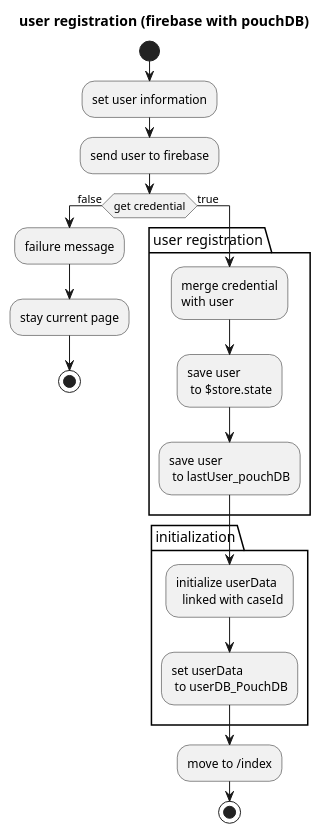
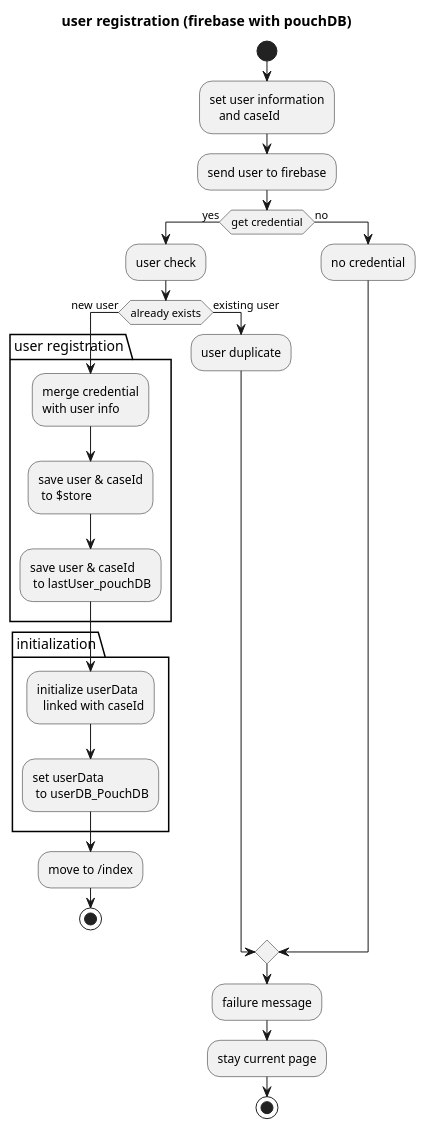
The diagram in assets/backdata/userRegWorkflow.puml (snakada1615/nuxt_pwa201122), drawn with PlantUML before and after one commit. The commit also changed 19 other files, not shown here.

```diff
--- a/assets/backdata/userRegWorkflow.puml
+++ b/assets/backdata/userRegWorkflow.puml
@@ -1,34 +1,41 @@
 @startuml
 title user registration (firebase with pouchDB)
 
 start
 
-:set user information;
+:set user information
+   and caseId;
 
 :send user to firebase;
 
- if (get credential) then (false)
-  :failure message;
-  :stay current page;
-  stop
-  else (true)
-  package "user registration"{
-  :merge credential
-  with user;
-  :save user
-   to $store.state;
-  :save user
-   to lastUser_pouchDB;
-  }
-  package "initialization"{
-  :initialize userData
-    linked with caseId;
-  :set userData
-   to userDB_PouchDB;
-  }
-  :move to /index;
-   stop
+ if (get credential) then (yes)
+  :user check;
+   if (already exists) then (new user)
+    package "user registration"{
+    :merge credential
+    with user info;
+    :save user & caseId
+     to $store;
+    :save user & caseId
+     to lastUser_pouchDB;
+    }
+    package "initialization"{
+    :initialize userData
+      linked with caseId;
+    :set userData
+     to userDB_PouchDB;
+    }
+    :move to /index;
+     stop
+
+   else (existing user)
+     :user duplicate;
+   endif
+ else (no)
+   :no credential;
  endif
-
+    :failure message;
+    :stay current page;
+ stop
 
 @enduml
```
